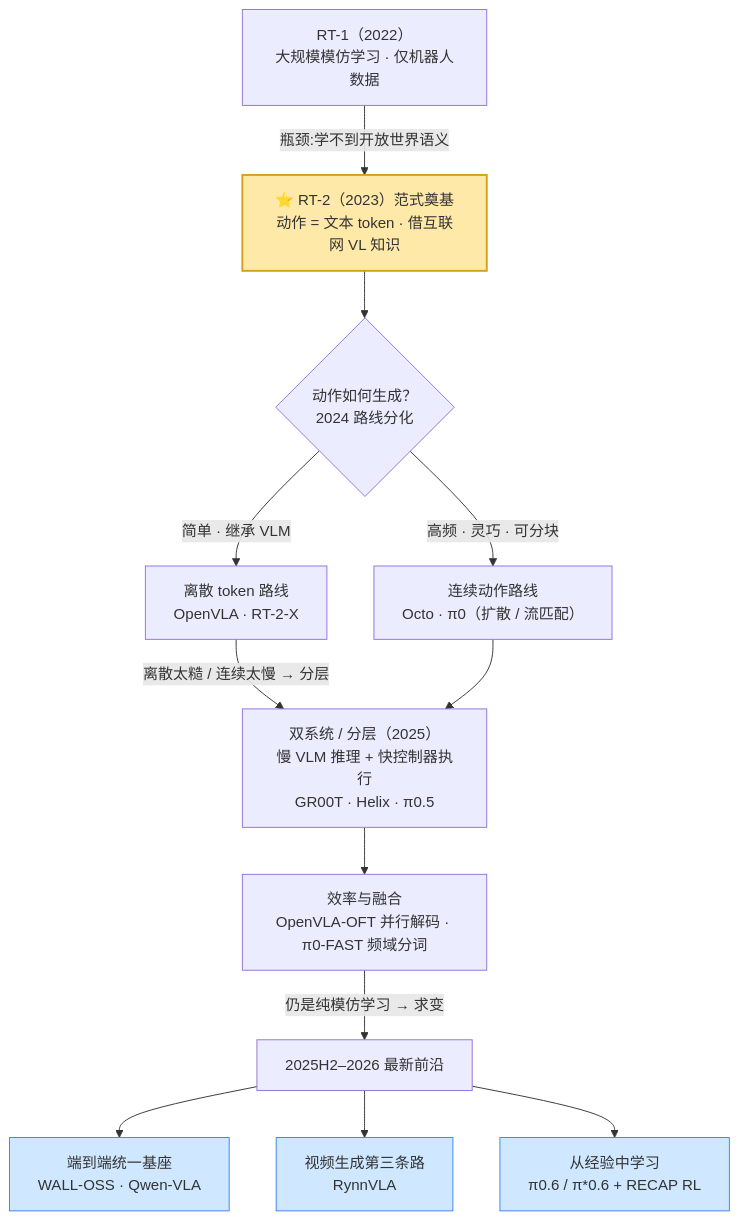
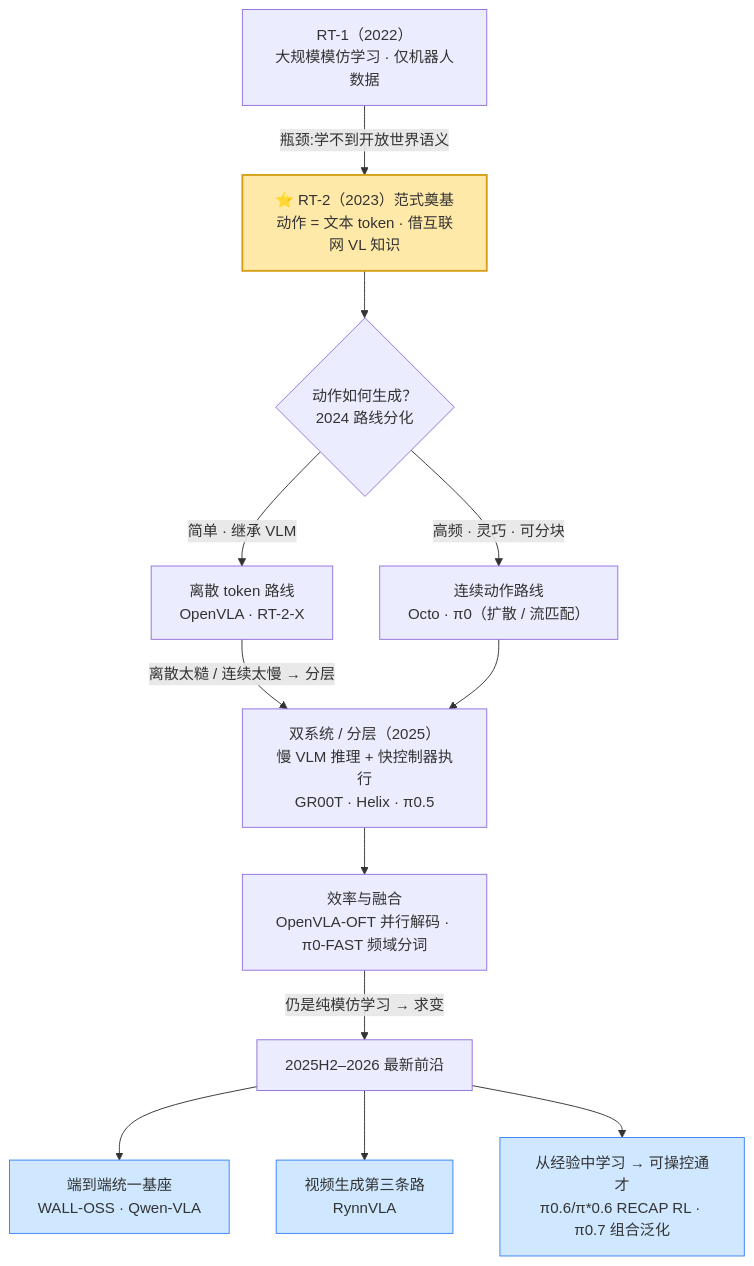
The first of 2 diagrams in docs/vla/index.md (ZhuYun97/embodied-ai-learning), drawn with Mermaid before and after one commit. The commit also changed other lines of this file and 5 other files, not shown here.

Commit message:
新增 π0.7 细读(2026.04,可操控通才+组合泛化,经对抗核查)+ benchmarks 升级为评测深度版(12 章:仿真扩展/双臂人形/真机竞技场/具身推理VQA/导航/读表七条铁律,保留四大基准表);接线报告/时间线/主线图/首页

````diff
--- a/docs/vla/index.md
+++ b/docs/vla/index.md
@@ -74,31 +75,31 @@
 ```mermaid
 flowchart TD
     RT1["RT-1（2022）<br/>大规模模仿学习 · 仅机器人数据"]
     RT2["⭐ RT-2（2023）范式奠基<br/>动作 = 文本 token · 借互联网 VL 知识"]
     SPLIT{"动作如何生成？<br/>2024 路线分化"}
     DISC["离散 token 路线<br/>OpenVLA · RT-2-X"]
     CONT["连续动作路线<br/>Octo · π0（扩散 / 流匹配）"]
     DUAL["双系统 / 分层（2025）<br/>慢 VLM 推理 + 快控制器执行<br/>GR00T · Helix · π0.5"]
     EFF["效率与融合<br/>OpenVLA-OFT 并行解码 · π0-FAST 频域分词"]
     NEW["2025H2–2026 最新前沿"]
     BASE["端到端统一基座<br/>WALL-OSS · Qwen-VLA"]
     VID["视频生成第三条路<br/>RynnVLA"]
-    RL["从经验中学习<br/>π0.6 / π*0.6 + RECAP RL"]
+    RL["从经验中学习 → 可操控通才<br/>π0.6/π*0.6 RECAP RL · π0.7 组合泛化"]
 
     RT1 -->|"瓶颈:学不到开放世界语义"| RT2
     RT2 --> SPLIT
     SPLIT -->|"简单 · 继承 VLM"| DISC
     SPLIT -->|"高频 · 灵巧 · 可分块"| CONT
     DISC -->|"离散太糙 / 连续太慢 → 分层"| DUAL
     CONT --> DUAL
     DUAL --> EFF
     EFF -->|"仍是纯模仿学习 → 求变"| NEW
     NEW --> BASE
     NEW --> VID
     NEW --> RL
 
     classDef milestone fill:#ffe9a8,stroke:#d4a017,stroke-width:2px;
     classDef frontier fill:#cfe8ff,stroke:#3b82f6,stroke-width:1px;
     class RT2 milestone;
     class BASE,VID,RL frontier;
 ```
````
